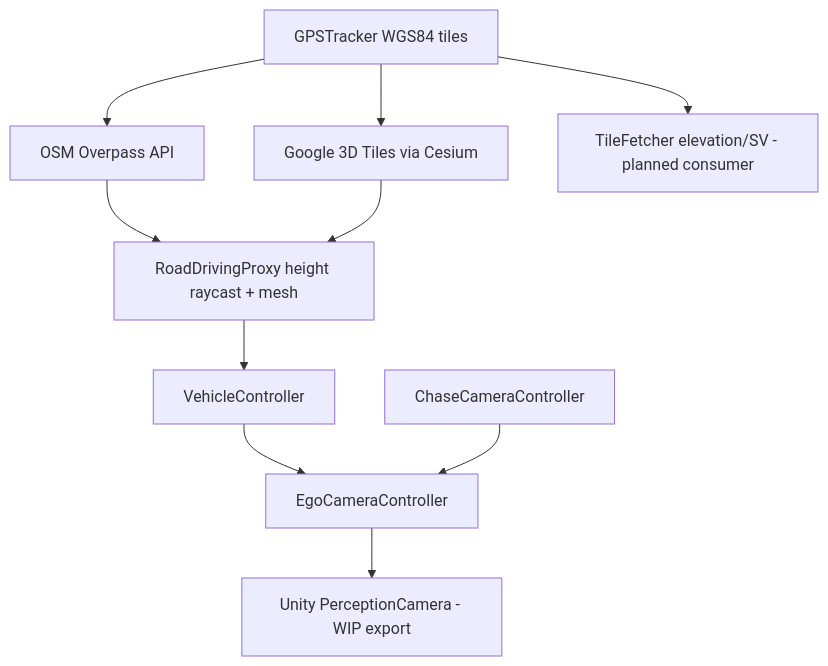
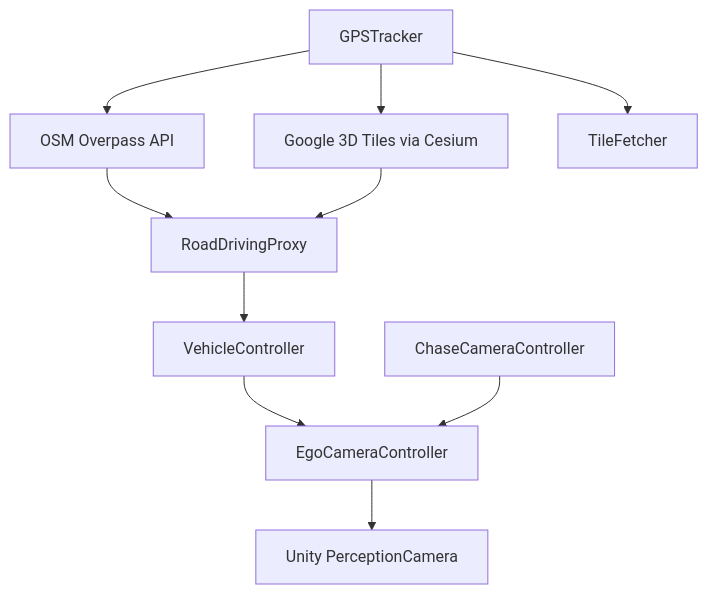
Before and after one commit to Pruthvi-Radadiya/Geospatial-Synthetic-Data-Generation: the first of 2 diagrams in README.md, drawn with Mermaid. The commit also changed other lines of this file and 23 other files, not shown here.

````diff
--- a/README.md
+++ b/README.md
@@ -99,12 +128,12 @@
 ```mermaid
 flowchart TD
-    GPSTracker[GPSTracker WGS84 tiles] --> OSM[OSM Overpass API]
+    GPSTracker[GPSTracker] --> OSM[OSM Overpass API]
     GPSTracker --> Cesium[Google 3D Tiles via Cesium]
-    OSM --> Proxy[RoadDrivingProxy height raycast + mesh]
+    OSM --> Proxy[RoadDrivingProxy]
     Cesium --> Proxy
     Proxy --> Vehicle[VehicleController]
     Vehicle --> Ego[EgoCameraController]
-    Ego --> Perc[Unity PerceptionCamera - WIP export]
+    Ego --> Perc[Unity PerceptionCamera]
     Chase[ChaseCameraController] --> Ego
-    GPSTracker --> TileFetcher[TileFetcher elevation/SV - planned consumer]
+    GPSTracker --> TileFetcher[TileFetcher]
 ```
````
